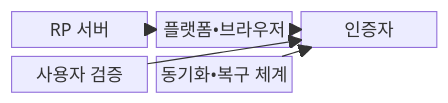
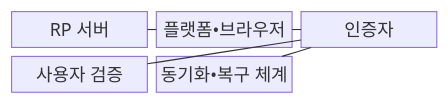
The first of 2 diagrams in src/content/docs/notes/05-security/056_passkey.md (agnusdei1207/knowledge-base), drawn with Mermaid before and after one commit. The commit also changed other lines of this file and 493 other files, not shown here.

````diff
--- a/src/content/docs/notes/05-security/056_passkey.md
+++ b/src/content/docs/notes/05-security/056_passkey.md
@@ -65,13 +65,13 @@
 ```mermaid
 block-beta
   columns 3
   A["RP 서버"]
   B["플랫폼•브라우저"]
   C["인증자"]
   D["사용자 검증"]
   E["동기화•복구 체계"]
-    A --> B
-    B --> C
-    D --> C
-    E --> C
+    A --- B
+    B --- C
+    D --- C
+    E --- C
 ```
````
